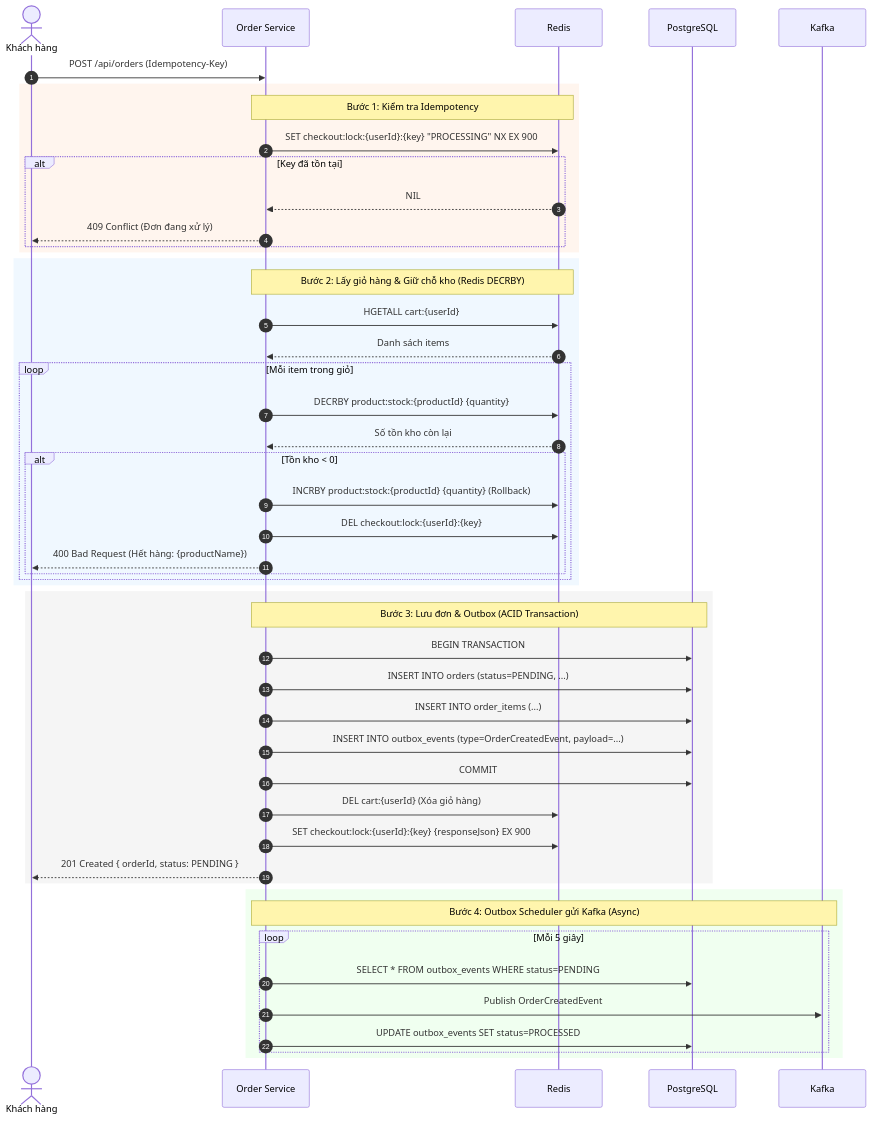
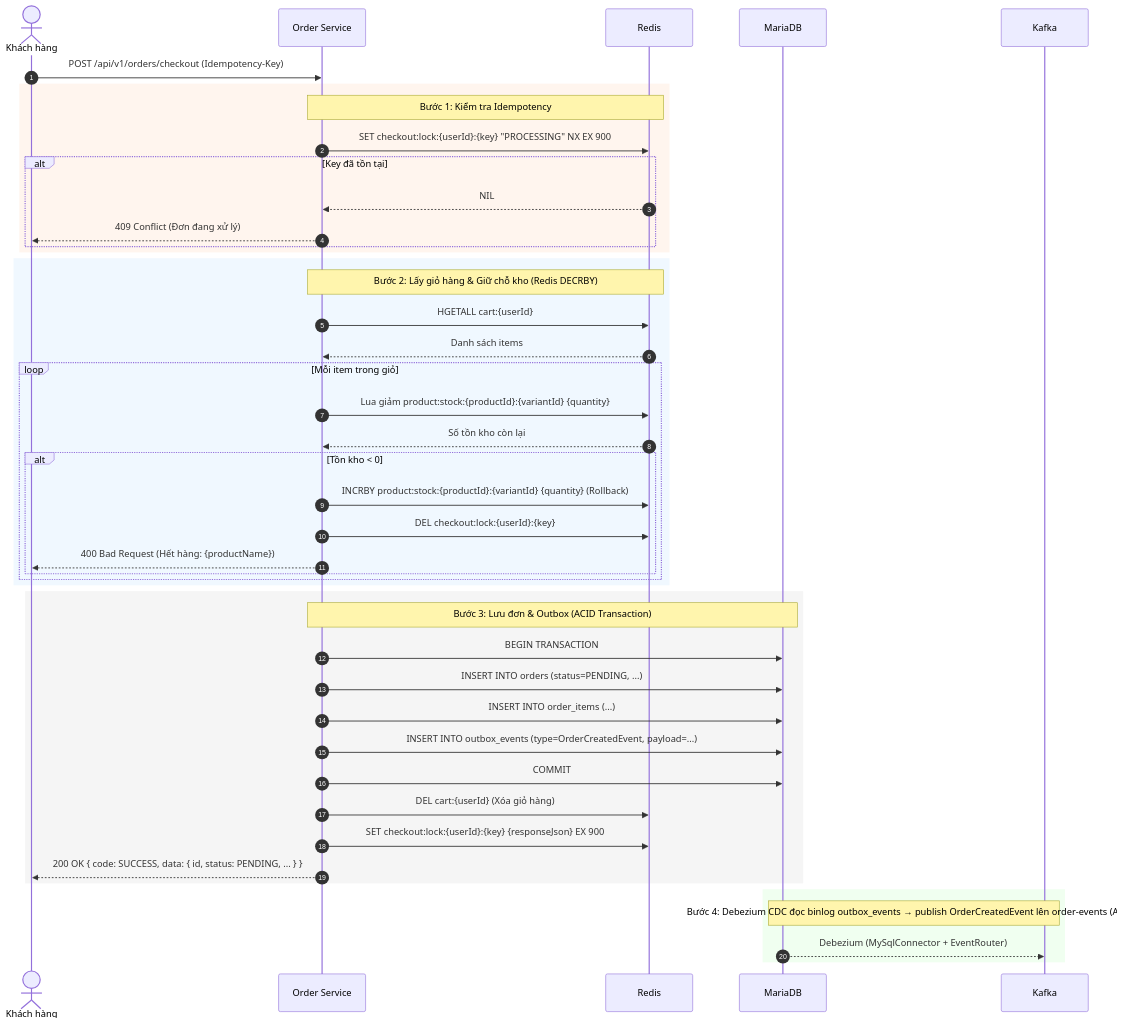
Before and after one commit to Thuannd24/Graduation-Project: the second of 6 diagrams in docs/services/03_CART_ORDER_SERVICE.md, drawn with Mermaid. The commit also changed other lines of this file and 19 other files, not shown here.

````diff
--- a/docs/services/03_CART_ORDER_SERVICE.md
+++ b/docs/services/03_CART_ORDER_SERVICE.md
@@ -185,56 +198,52 @@
 ```mermaid
 sequenceDiagram
     autonumber
     actor User as Khách hàng
     participant OS as Order Service
     participant Redis as Redis
-    participant DB as PostgreSQL
+    participant DB as MariaDB
     participant Kafka as Kafka
 
-    User->>OS: POST /api/orders (Idempotency-Key)
+    User->>OS: POST /api/v1/orders/checkout (Idempotency-Key)
 
     rect rgb(255,245,238)
         Note over OS, Redis: Bước 1: Kiểm tra Idempotency
         OS->>Redis: SET checkout:lock:{userId}:{key} "PROCESSING" NX EX 900
         alt Key đã tồn tại
             Redis-->>OS: NIL
             OS-->>User: 409 Conflict (Đơn đang xử lý)
         end
     end
 
     rect rgb(240,248,255)
         Note over OS, Redis: Bước 2: Lấy giỏ hàng & Giữ chỗ kho (Redis DECRBY)
         OS->>Redis: HGETALL cart:{userId}
         Redis-->>OS: Danh sách items
         loop Mỗi item trong giỏ
-            OS->>Redis: DECRBY product:stock:{productId} {quantity}
+            OS->>Redis: Lua giảm product:stock:{productId}:{variantId} {quantity}
             Redis-->>OS: Số tồn kho còn lại
             alt Tồn kho < 0
-                OS->>Redis: INCRBY product:stock:{productId} {quantity}  (Rollback)
+                OS->>Redis: INCRBY product:stock:{productId}:{variantId} {quantity}  (Rollback)
                 OS->>Redis: DEL checkout:lock:{userId}:{key}
                 OS-->>User: 400 Bad Request (Hết hàng: {productName})
             end
         end
     end
 
     rect rgb(245,245,245)
         Note over OS, DB: Bước 3: Lưu đơn & Outbox (ACID Transaction)
         OS->>DB: BEGIN TRANSACTION
         OS->>DB: INSERT INTO orders (status=PENDING, ...)
         OS->>DB: INSERT INTO order_items (...)
         OS->>DB: INSERT INTO outbox_events (type=OrderCreatedEvent, payload=...)
         OS->>DB: COMMIT
         OS->>Redis: DEL cart:{userId}  (Xóa giỏ hàng)
         OS->>Redis: SET checkout:lock:{userId}:{key} {responseJson} EX 900
-        OS-->>User: 201 Created { orderId, status: PENDING }
+        OS-->>User: 200 OK { code: SUCCESS, data: { id, status: PENDING, ... } }
     end
 
     rect rgb(240,255,240)
-        Note over OS, Kafka: Bước 4: Outbox Scheduler gửi Kafka (Async)
-        loop Mỗi 5 giây
-            OS->>DB: SELECT * FROM outbox_events WHERE status=PENDING
-            OS->>Kafka: Publish OrderCreatedEvent
-            OS->>DB: UPDATE outbox_events SET status=PROCESSED
-        end
+        Note over DB, Kafka: Bước 4: Debezium CDC đọc binlog outbox_events → publish OrderCreatedEvent lên order-events (Async)
+        DB-->>Kafka: Debezium (MySqlConnector + EventRouter)
     end
 ```
````
